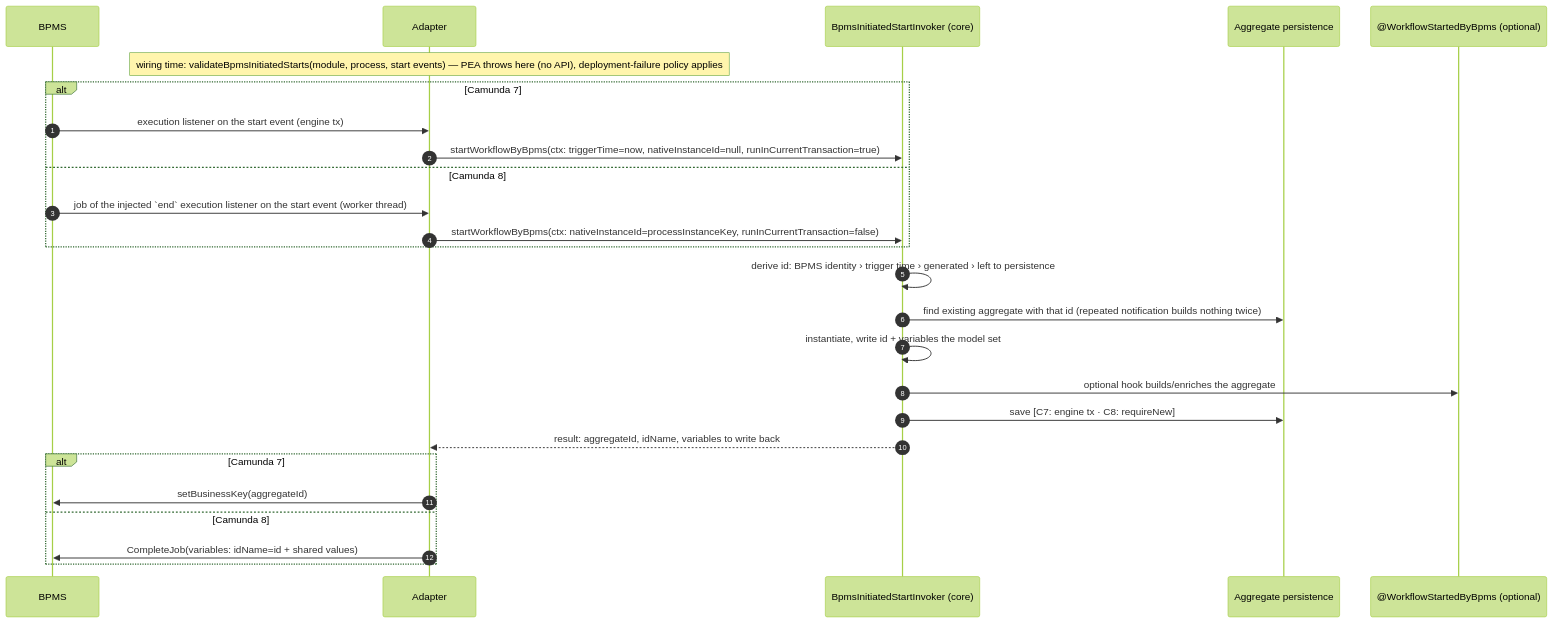
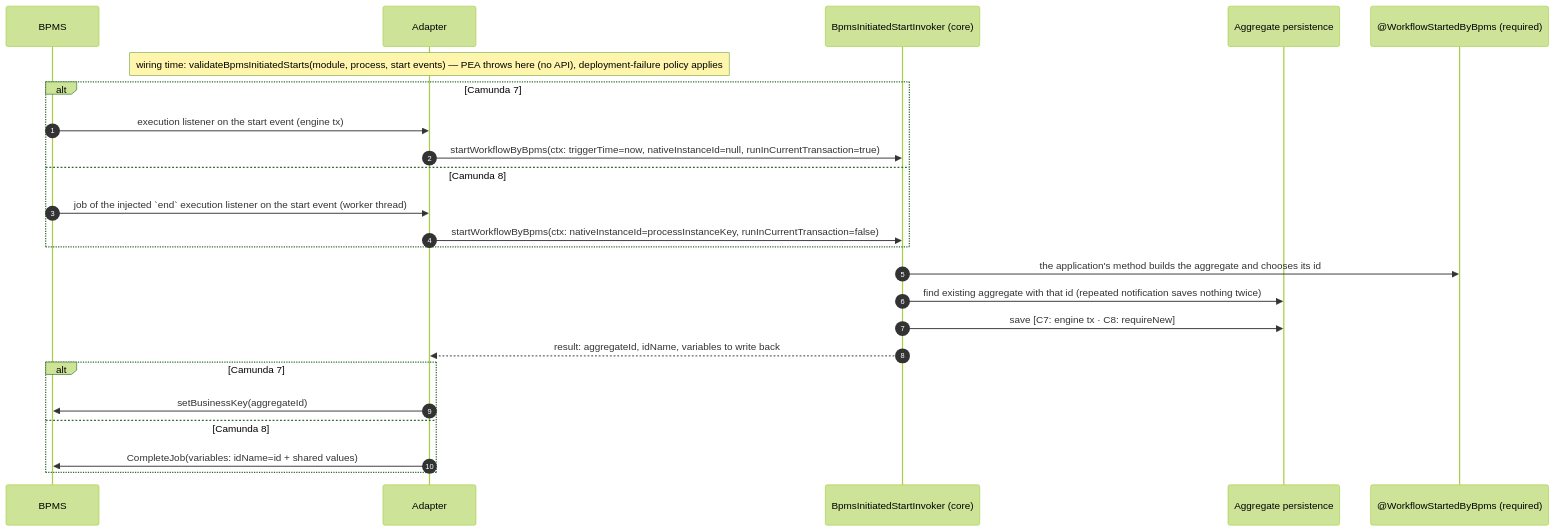
One commit to vanillabp/adapter-platform-integration changed diagram 13 of 15 in migration-adapter/README.md. Above: the diagram before and after it, drawn with Mermaid (forest theme). The commit also changed other lines of this file and 21 other files, not shown here.

````diff
--- a/migration-adapter/README.md
+++ b/migration-adapter/README.md
@@ -2988,28 +2991,26 @@
 ```mermaid
 sequenceDiagram
   autonumber
   participant BPMS
   participant AD as Adapter
   participant BS as BpmsInitiatedStartInvoker (core)
   participant AG as Aggregate persistence
-  participant App as @WorkflowStartedByBpms (optional)
+  participant App as @WorkflowStartedByBpms (required)
   Note over AD: wiring time: validateBpmsInitiatedStarts(module, process, start events) — PEA throws here (no API), deployment-failure policy applies
   alt Camunda 7
     BPMS->>AD: execution listener on the start event (engine tx)
     AD->>BS: startWorkflowByBpms(ctx: triggerTime=now, nativeInstanceId=null, runInCurrentTransaction=true)
   else Camunda 8
     BPMS->>AD: job of the injected `end` execution listener on the start event (worker thread)
     AD->>BS: startWorkflowByBpms(ctx: nativeInstanceId=processInstanceKey, runInCurrentTransaction=false)
   end
-  BS->>BS: derive id: BPMS identity › trigger time › generated › left to persistence
-  BS->>AG: find existing aggregate with that id (repeated notification builds nothing twice)
-  BS->>BS: instantiate, write id + variables the model set
-  BS->>App: optional hook builds/enriches the aggregate
+  BS->>App: the application's method builds the aggregate and chooses its id
+  BS->>AG: find existing aggregate with that id (repeated notification saves nothing twice)
   BS->>AG: save   [C7: engine tx · C8: requireNew]
   BS-->>AD: result: aggregateId, idName, variables to write back
   alt Camunda 7
     AD->>BPMS: setBusinessKey(aggregateId)
   else Camunda 8
     AD->>BPMS: CompleteJob(variables: idName=id + shared values)
   end
 ```
````
